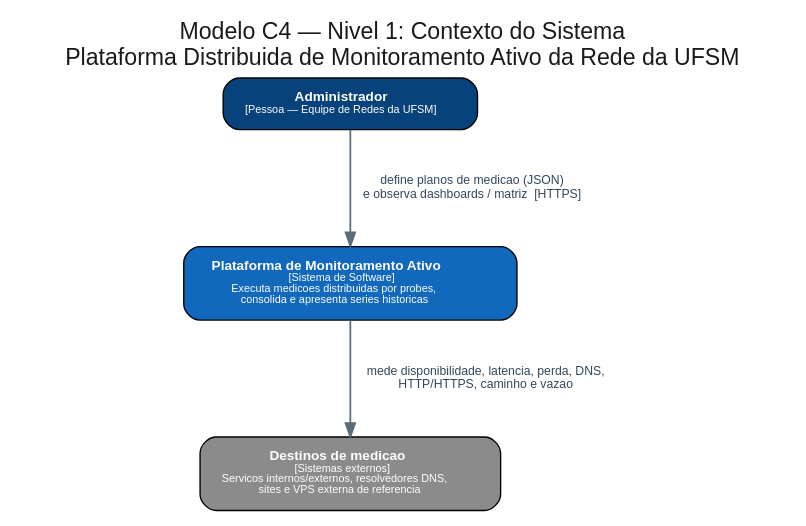
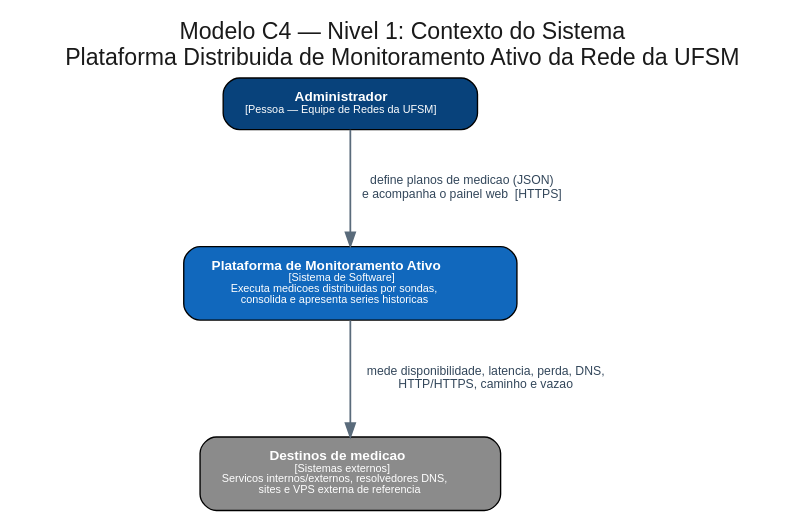
One commit to anthony-c-silva/ufsm-monitor changed the diagram in docs/arquitetura/c4-1-contexto.dot. Above: the diagram before and after it, drawn with Graphviz. The commit also changed 19 other files, not shown here.

```diff
--- a/docs/arquitetura/c4-1-contexto.dot
+++ b/docs/arquitetura/c4-1-contexto.dot
@@ -1,14 +1,14 @@
 digraph C4_Contexto {
   rankdir=TB;
   graph [fontname="Helvetica", labelloc="t", fontsize=17, fontcolor="#1a1a1a",
          label="Modelo C4 — Nivel 1: Contexto do Sistema\nPlataforma Distribuida de Monitoramento Ativo da Rede da UFSM", nodesep=0.7, ranksep=0.9];
   node [shape=box, style="rounded,filled", fontname="Helvetica", fontsize=10, margin="0.22,0.14"];
   edge [fontname="Helvetica", fontsize=9, color="#5a6b7b", fontcolor="#33475b", penwidth=1.3];
 
   admin  [label=<<b>Administrador</b><br/><font point-size="8" color="white">[Pessoa — Equipe de Redes da UFSM]</font>>, fillcolor="#08427b", fontcolor="white"];
-  sistema[label=<<b>Plataforma de Monitoramento Ativo</b><br/><font point-size="8" color="white">[Sistema de Software]</font><br/><font point-size="8" color="white">Executa medicoes distribuidas por probes,<br/>consolida e apresenta series historicas</font>>, fillcolor="#1168bd", fontcolor="white", width=3.4];
+  sistema[label=<<b>Plataforma de Monitoramento Ativo</b><br/><font point-size="8" color="white">[Sistema de Software]</font><br/><font point-size="8" color="white">Executa medicoes distribuidas por sondas,<br/>consolida e apresenta series historicas</font>>, fillcolor="#1168bd", fontcolor="white", width=3.4];
   alvos  [label=<<b>Destinos de medicao</b><br/><font point-size="8" color="white">[Sistemas externos]</font><br/><font point-size="8" color="white">Servicos internos/externos, resolvedores DNS,<br/>sites e VPS externa de referencia</font>>, fillcolor="#8b8b8b", fontcolor="white"];
 
-  admin   -> sistema [label="define planos de medicao (JSON)\ne observa dashboards / matriz  [HTTPS]"];
+  admin   -> sistema [label="define planos de medicao (JSON)\ne acompanha o painel web  [HTTPS]"];
   sistema -> alvos   [label="mede disponibilidade, latencia, perda, DNS,\nHTTP/HTTPS, caminho e vazao"];
 }
```
